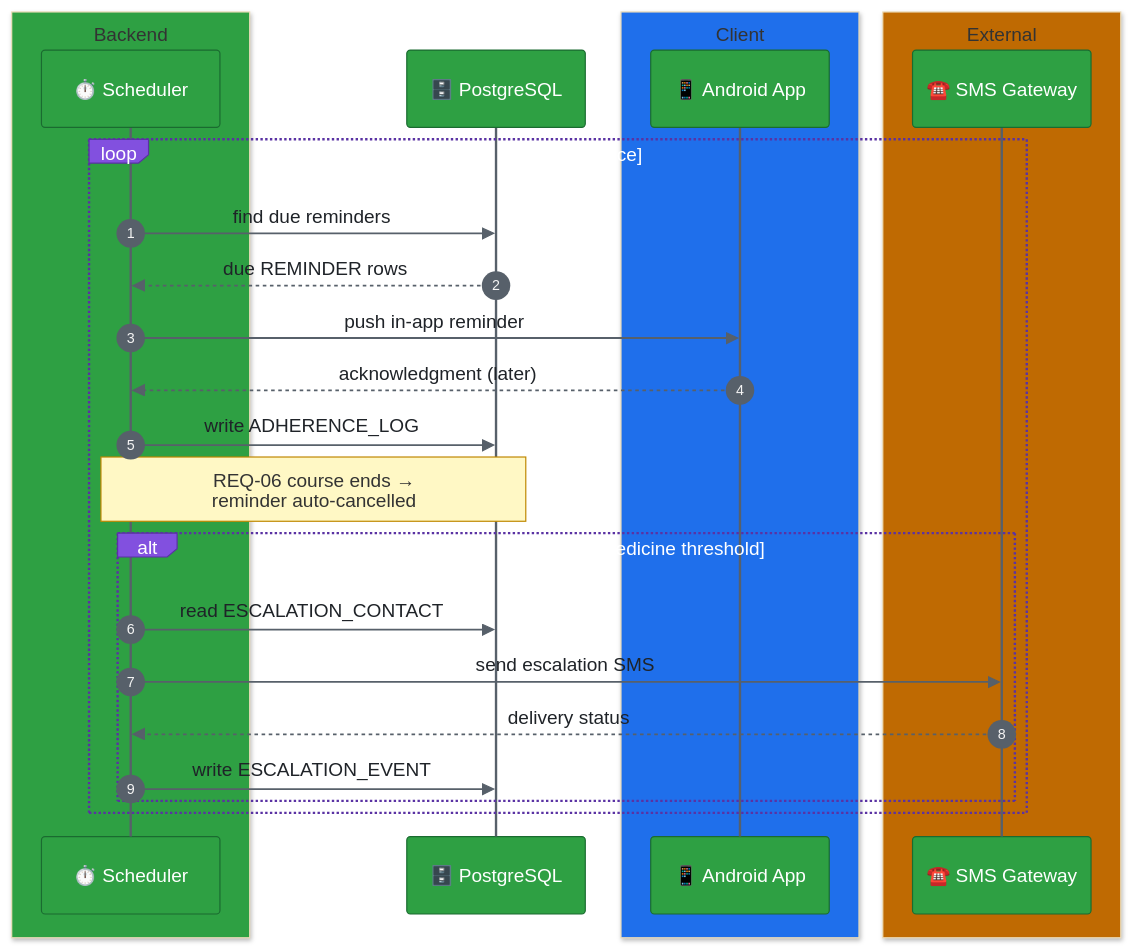
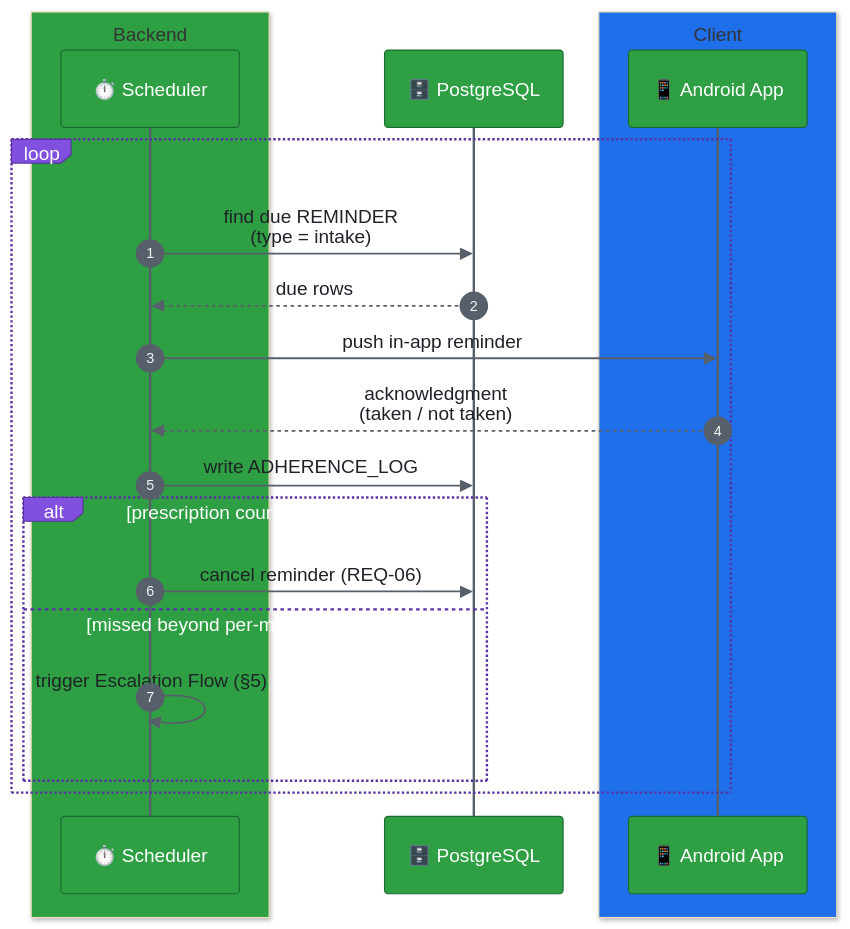
Before and after one commit to bhuvi-garg/Med-Verify: the third of 5 diagrams in Arch/ARCH-05-flows.md, drawn with Mermaid. The commit also changed other lines of this file and 11 other files, not shown here.

````diff
--- a/Arch/ARCH-05-flows.md
+++ b/Arch/ARCH-05-flows.md
@@ -48,31 +101,26 @@
 ```mermaid
 %%{init: {"theme": "base", "themeVariables": {"actorBkg": "#2ea043", "actorBorder": "#1a6b30", "actorTextColor": "#ffffff", "actorLineColor": "#57606a", "signalColor": "#57606a", "signalTextColor": "#1f2328", "labelBoxBkgColor": "#8250df", "labelBoxBorderColor": "#5a32a3", "labelTextColor": "#ffffff", "noteBkgColor": "#fff8c5", "noteBorderColor": "#bf8700"}} }%%
 sequenceDiagram
     autonumber
     box rgb(46,160,67) Backend
         participant SCHED as ⏱️ Scheduler
     end
     participant DB as 🗄️ PostgreSQL
     box rgb(31,111,235) Client
         participant App as 📱 Android App
     end
-    box rgb(191,106,2) External
-        participant SMS as ☎️ SMS Gateway
-    end
 
     loop on cadence
-        SCHED->>DB: find due reminders
-        DB-->>SCHED: due REMINDER rows
+        SCHED->>DB: find due REMINDER<br/>(type = intake)
+        DB-->>SCHED: due rows
         SCHED->>App: push in-app reminder
-        App-->>SCHED: acknowledgment (later)
+        App-->>SCHED: acknowledgment<br/>(taken / not taken)
         SCHED->>DB: write ADHERENCE_LOG
-        Note over SCHED,DB: REQ-06 course ends →<br/>reminder auto-cancelled
 
-        alt missed beyond per-medicine threshold
-            SCHED->>DB: read ESCALATION_CONTACT
-            SCHED->>SMS: send escalation SMS
-            SMS-->>SCHED: delivery status
-            SCHED->>DB: write ESCALATION_EVENT
+        alt prescription course duration elapsed
+            SCHED->>DB: cancel reminder (REQ-06)
+        else missed beyond per-medicine threshold
+            SCHED->>SCHED: trigger Escalation Flow (§5)
         end
     end
 ```
````
